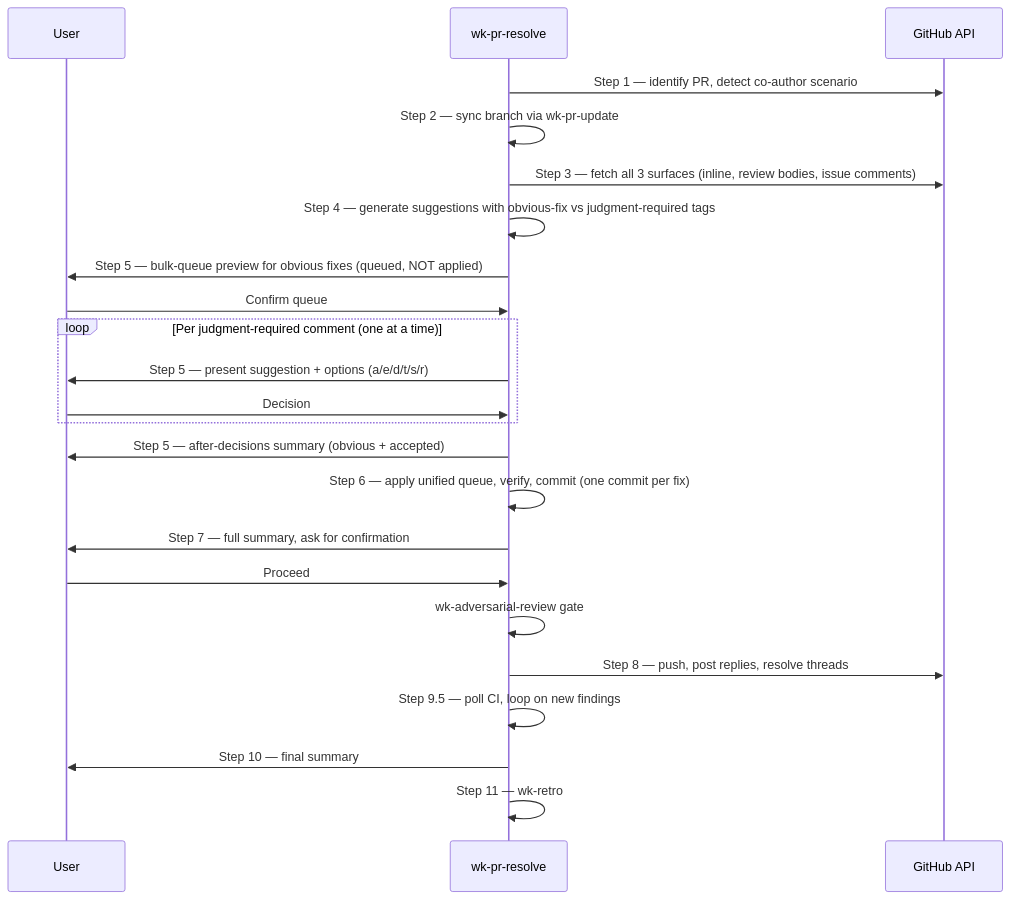
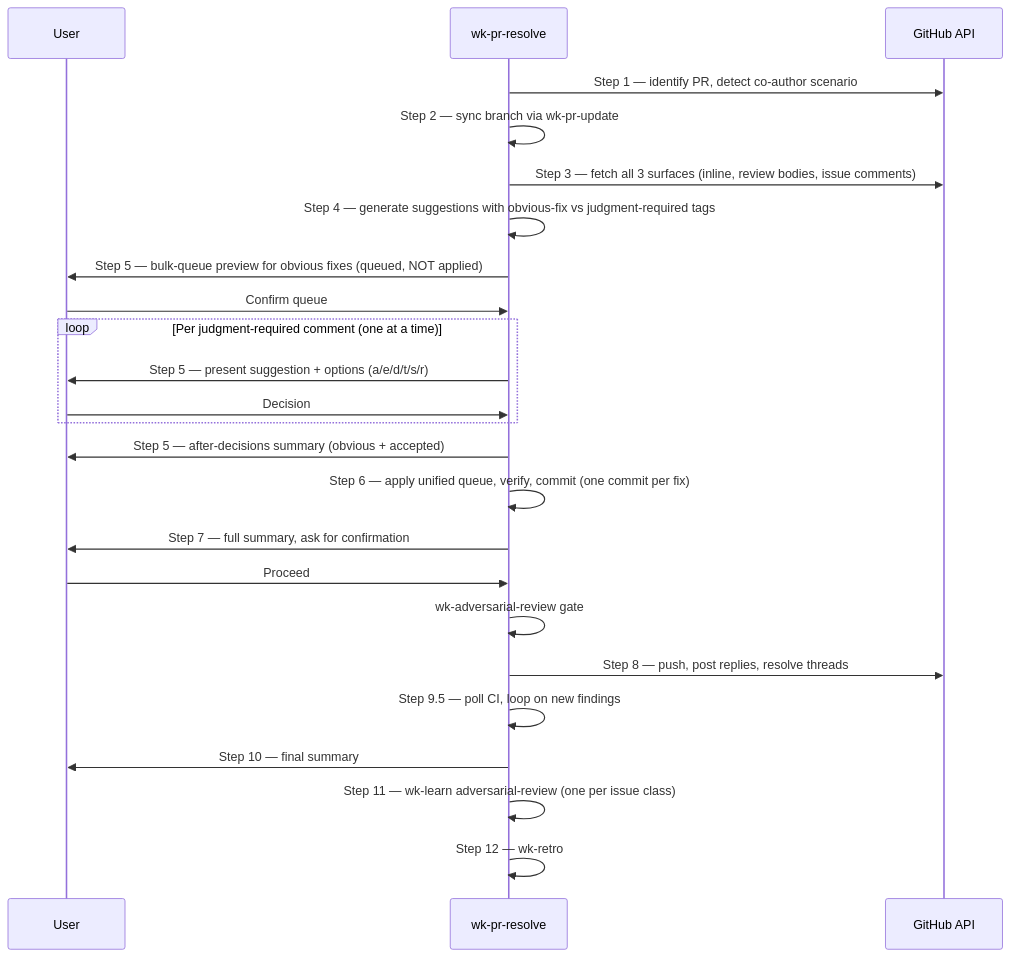
Before and after one commit to whizzzkid/skills: the diagram in skills/pr-resolve/README.md, drawn with Mermaid. The commit also changed other lines of this file and 2 other files, not shown here.

Commit message:
🦾 sharpen(pr-resolve): 🔁 feedback loop — emit learnings for adversarial-review
New Step 11 (mandatory) captures wk-learn targeting wk-adversarial-review
for every issue class surfaced during the resolve session. Every
reviewer- or bot-flagged finding is by definition a coverage gap in
adversarial-review's pre-flight sweeps — its job is to catch before
push, so anything pre-push missed is teachable signal.

Categories captured: vulnerability-class drift, stale comment/doc drift,
dead defensive guard, hardcoded base/branch/version, cross-doc
enumeration miss, design-pivot doc drift, signature widening miss,
raw-API bypass, external-call shape change without local reproduction,
comment-accuracy drift, plus 'other' for new classes.

Step 11 (Session Retro) renumbered to Step 12. Quick Reference + README
diagram + Noteworthy updated. Next wk-sharpen batch absorbs the
learnings into adversarial-review's body, tightening the loop.

Generated with [wk-skills](https://github.com/whizzzkid/skills) and multiple models.

````diff
--- a/skills/pr-resolve/README.md
+++ b/skills/pr-resolve/README.md
@@ -15,26 +15,27 @@
 ```mermaid
 sequenceDiagram
     participant U as User
     participant S as wk-pr-resolve
     participant GH as GitHub API
 
     S->>GH: Step 1 — identify PR, detect co-author scenario
     S->>S: Step 2 — sync branch via wk-pr-update
     S->>GH: Step 3 — fetch all 3 surfaces (inline, review bodies, issue comments)
     S->>S: Step 4 — generate suggestions with obvious-fix vs judgment-required tags
     S->>U: Step 5 — bulk-queue preview for obvious fixes (queued, NOT applied)
     U->>S: Confirm queue
     loop Per judgment-required comment (one at a time)
         S->>U: Step 5 — present suggestion + options (a/e/d/t/s/r)
         U->>S: Decision
     end
     S->>U: Step 5 — after-decisions summary (obvious + accepted)
     S->>S: Step 6 — apply unified queue, verify, commit (one commit per fix)
     S->>U: Step 7 — full summary, ask for confirmation
     U->>S: Proceed
     S->>S: wk-adversarial-review gate
     S->>GH: Step 8 — push, post replies, resolve threads
     S->>S: Step 9.5 — poll CI, loop on new findings
     S->>U: Step 10 — final summary
-    S->>S: Step 11 — wk-retro
+    S->>S: Step 11 — wk-learn adversarial-review (one per issue class)
+    S->>S: Step 12 — wk-retro
 ```
````
